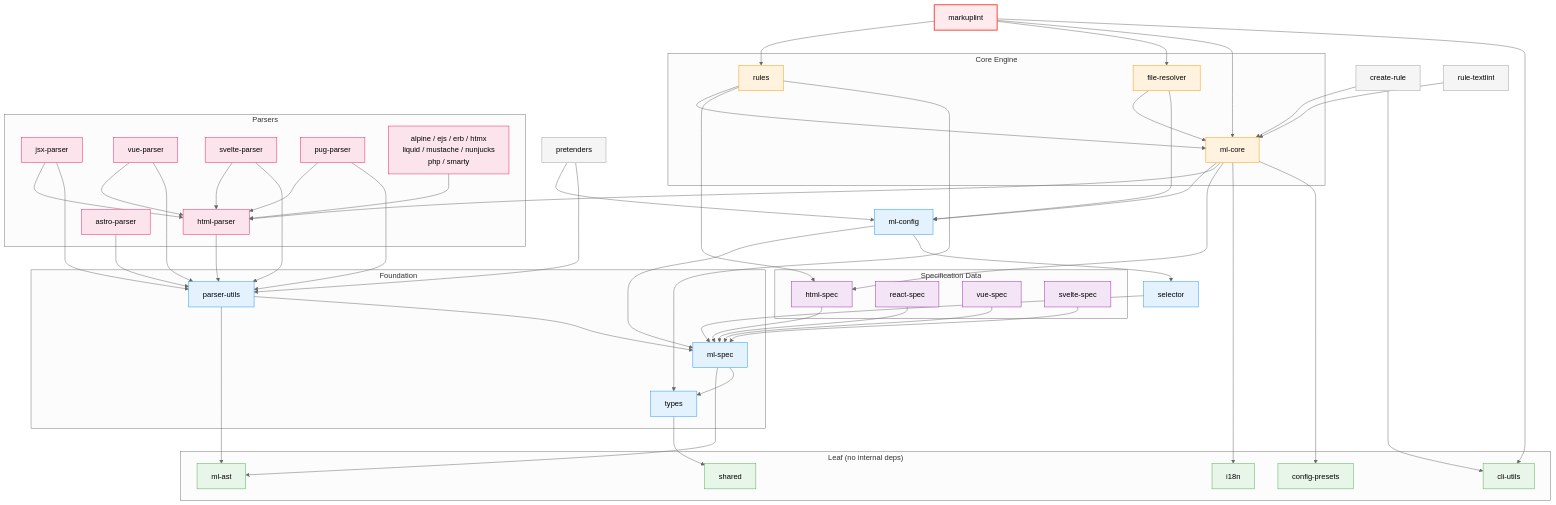
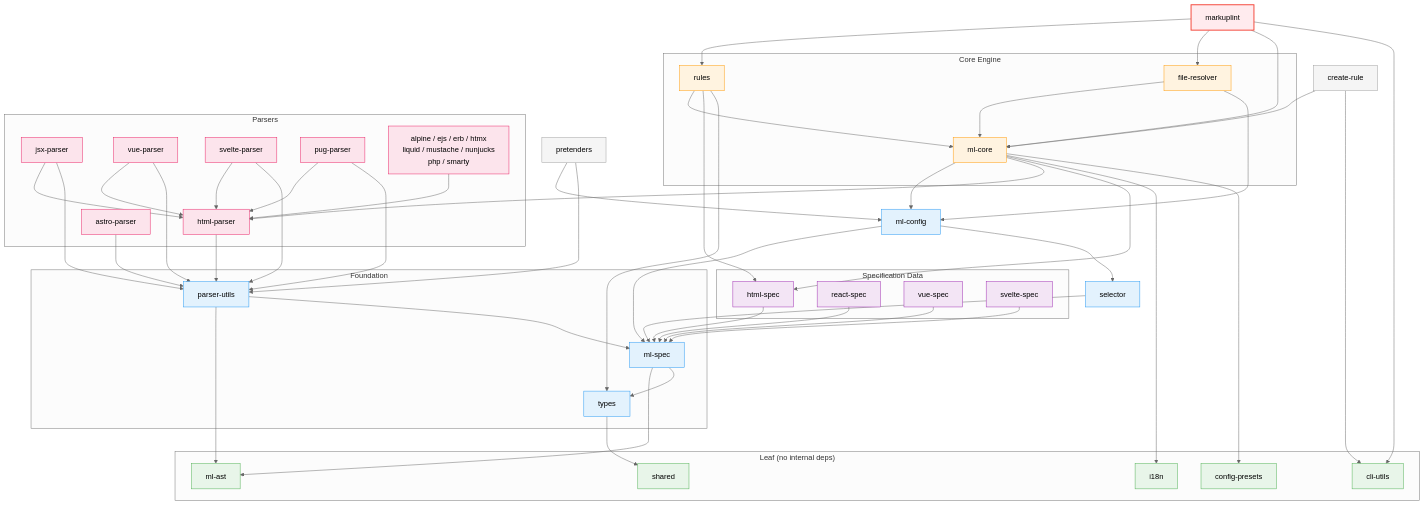
Before and after one commit to markuplint/markuplint: the diagram in docs/architectures/ARCHITECTURE.md, drawn with Mermaid (neutral theme). The commit also changed other lines of this file and 3 other files, not shown here.

Commit message:
docs: remove rule-textlint from architecture docs and add migration guide

````diff
--- a/docs/architectures/ARCHITECTURE.md
+++ b/docs/architectures/ARCHITECTURE.md
@@ -120,9 +120,6 @@
     create-rule --> cli-utils
     create-rule --> ml-core
 
-    rule-textlint["rule-textlint"]
-    rule-textlint --> ml-core
-
     %% ── Styling ──
     classDef leafNode fill:#e8f5e9,stroke:#4caf50
     classDef foundationNode fill:#e3f2fd,stroke:#2196f3
@@ -138,5 +135,5 @@
     class html-spec,react-spec,vue-spec,svelte-spec specNode
     class html-parser,jsx-parser,vue-parser,svelte-parser,pug-parser,astro-parser,simple-parsers parserNode
     class markuplint mainNode
-    class pretenders,create-rule,rule-textlint toolNode
+    class pretenders,create-rule toolNode
 ```
````
